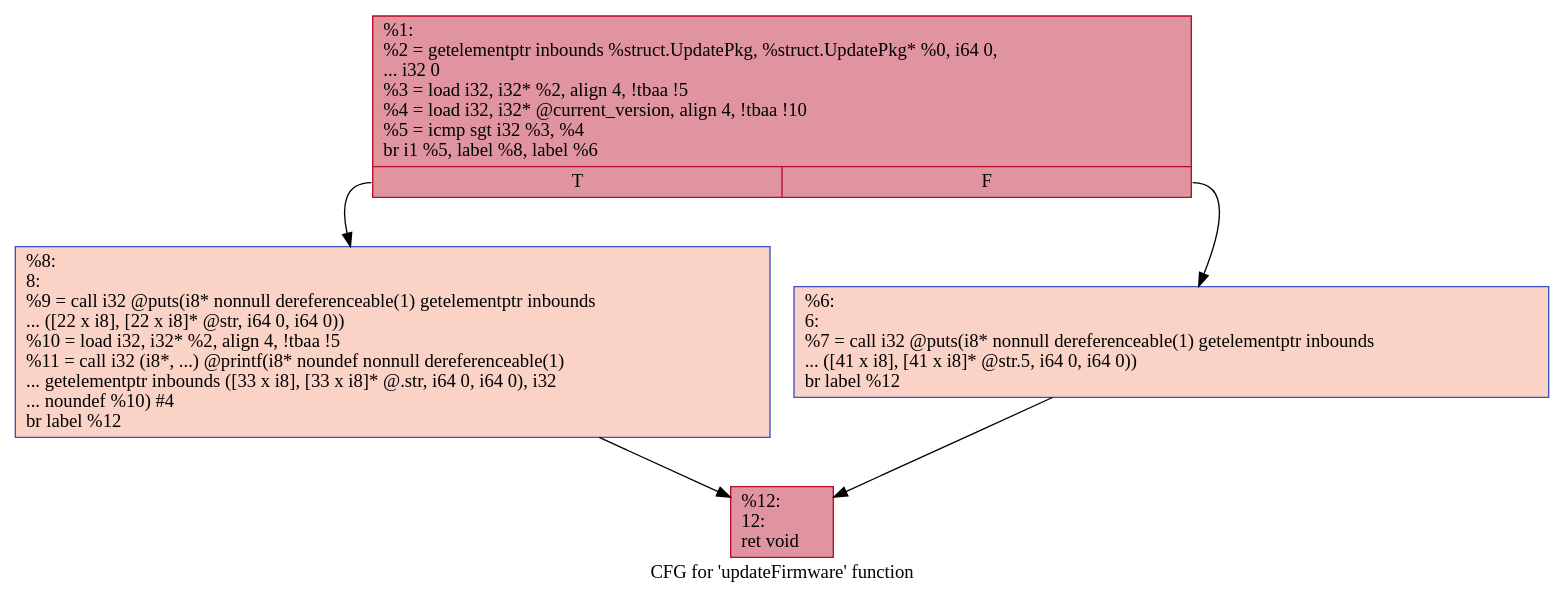
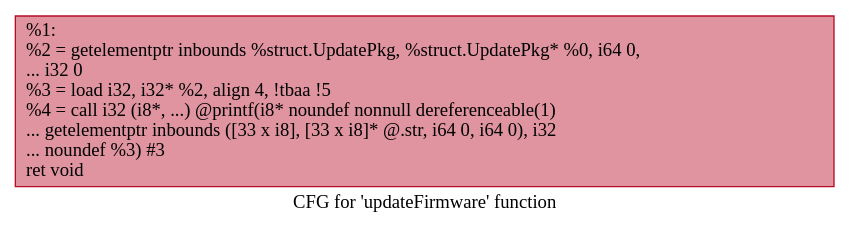
One commit to ds-bhatia/ota-update-compiler changed the diagram in .updateFirmware.dot. Above: the diagram before and after it, drawn with Graphviz. The commit also changed 23 other files, not shown here.

```diff
--- a/.updateFirmware.dot
+++ b/.updateFirmware.dot
@@ -1,12 +1,5 @@
 digraph "CFG for 'updateFirmware' function" {
 	label="CFG for 'updateFirmware' function";
 
-	Node0x2e71c7b0 [shape=record,color="#b70d28ff", style=filled, fillcolor="#b70d2870",label="{%1:\l  %2 = getelementptr inbounds %struct.UpdatePkg, %struct.UpdatePkg* %0, i64 0,\l... i32 0\l  %3 = load i32, i32* %2, align 4, !tbaa !5\l  %4 = load i32, i32* @current_version, align 4, !tbaa !10\l  %5 = icmp sgt i32 %3, %4\l  br i1 %5, label %8, label %6\l|{<s0>T|<s1>F}}"];
-	Node0x2e71c7b0:s0 -> Node0x2e71d160;
-	Node0x2e71c7b0:s1 -> Node0x2e71d1f0;
-	Node0x2e71d1f0 [shape=record,color="#3d50c3ff", style=filled, fillcolor="#f59c7d70",label="{%6:\l6:                                                \l  %7 = call i32 @puts(i8* nonnull dereferenceable(1) getelementptr inbounds\l... ([41 x i8], [41 x i8]* @str.5, i64 0, i64 0))\l  br label %12\l}"];
-	Node0x2e71d1f0 -> Node0x2e71d590;
-	Node0x2e71d160 [shape=record,color="#3d50c3ff", style=filled, fillcolor="#f59c7d70",label="{%8:\l8:                                                \l  %9 = call i32 @puts(i8* nonnull dereferenceable(1) getelementptr inbounds\l... ([22 x i8], [22 x i8]* @str, i64 0, i64 0))\l  %10 = load i32, i32* %2, align 4, !tbaa !5\l  %11 = call i32 (i8*, ...) @printf(i8* noundef nonnull dereferenceable(1)\l... getelementptr inbounds ([33 x i8], [33 x i8]* @.str, i64 0, i64 0), i32\l... noundef %10) #4\l  br label %12\l}"];
-	Node0x2e71d160 -> Node0x2e71d590;
-	Node0x2e71d590 [shape=record,color="#b70d28ff", style=filled, fillcolor="#b70d2870",label="{%12:\l12:                                               \l  ret void\l}"];
+	Node0xc930020 [shape=record,color="#b70d28ff", style=filled, fillcolor="#b70d2870",label="{%1:\l  %2 = getelementptr inbounds %struct.UpdatePkg, %struct.UpdatePkg* %0, i64 0,\l... i32 0\l  %3 = load i32, i32* %2, align 4, !tbaa !5\l  %4 = call i32 (i8*, ...) @printf(i8* noundef nonnull dereferenceable(1)\l... getelementptr inbounds ([33 x i8], [33 x i8]* @.str, i64 0, i64 0), i32\l... noundef %3) #3\l  ret void\l}"];
 }
```
